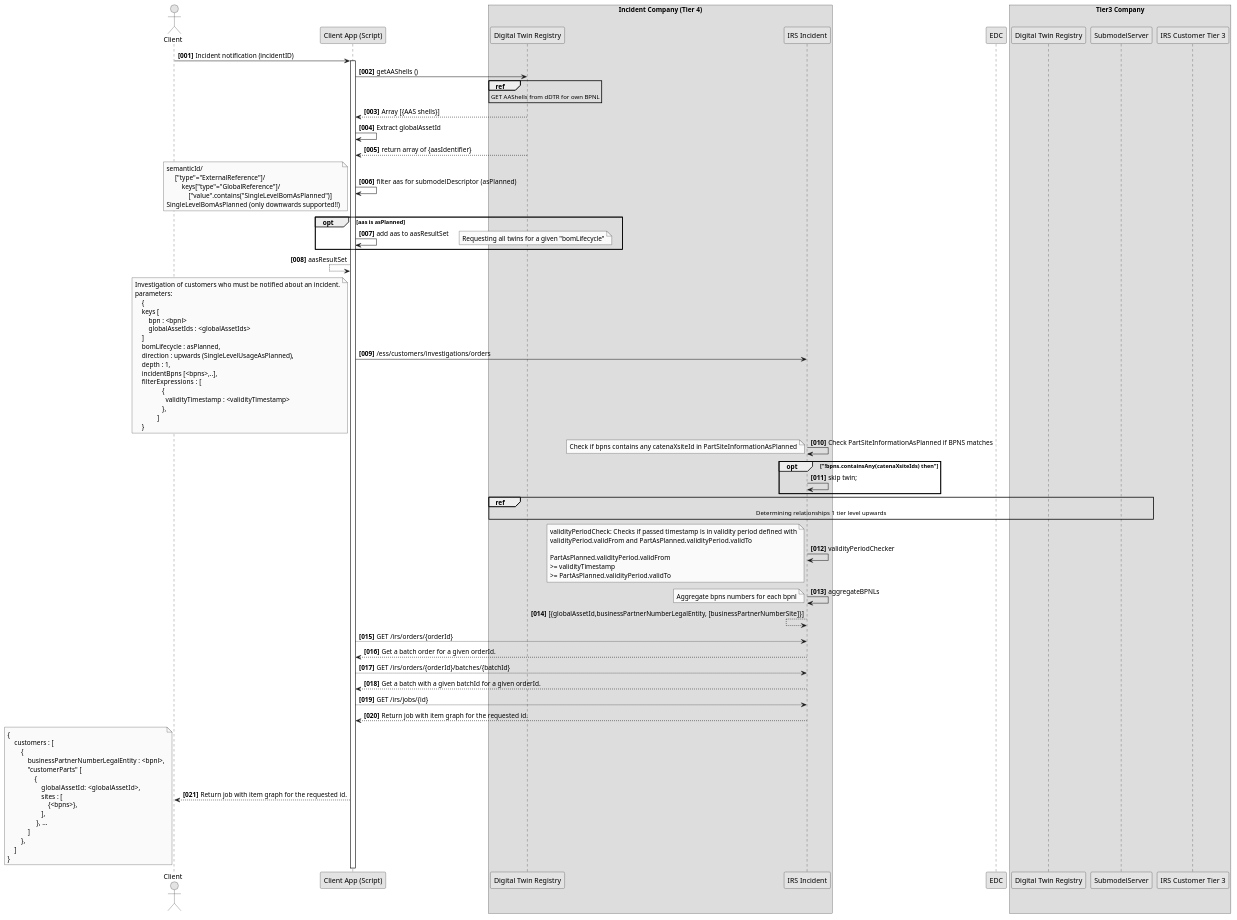
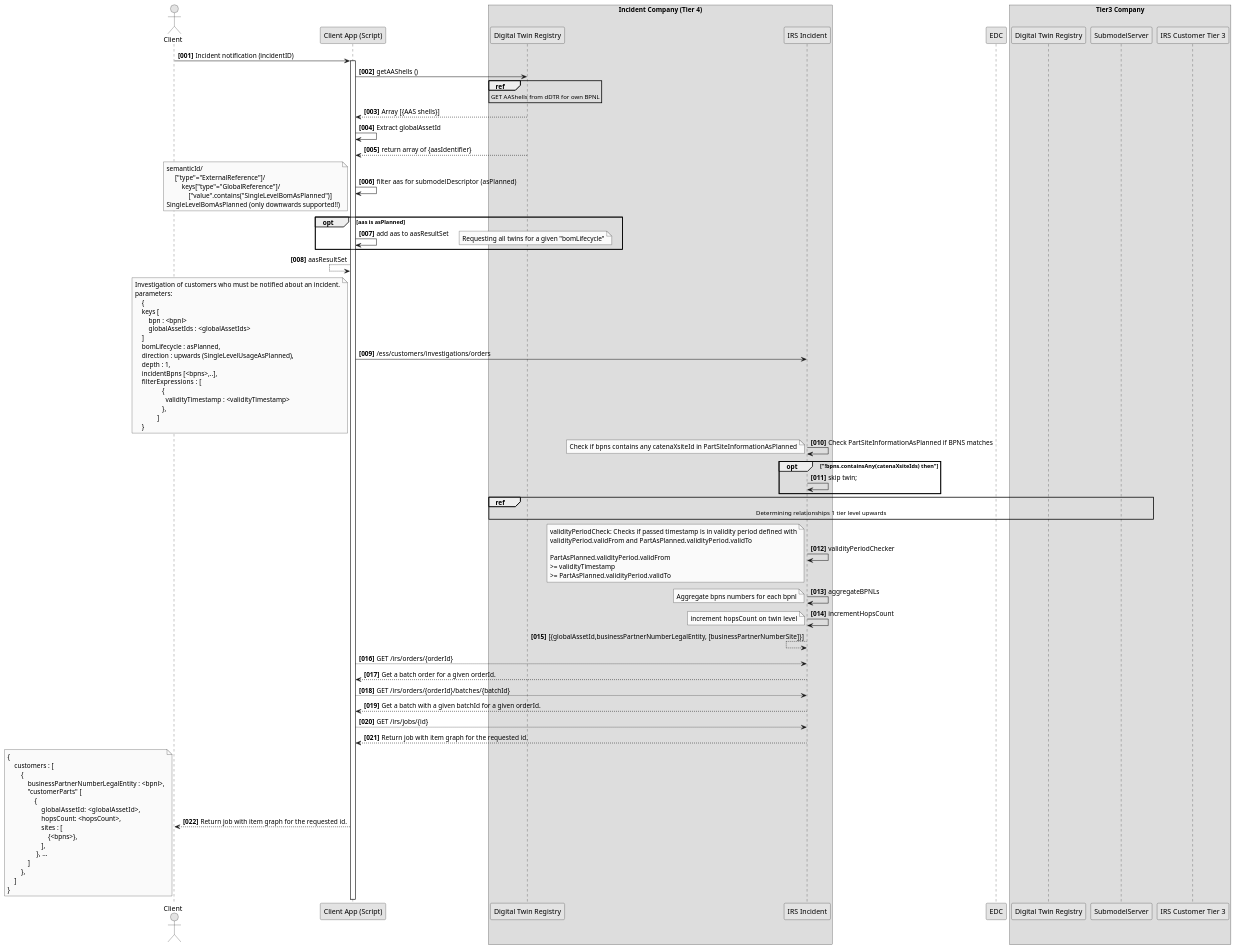
One commit to eclipse-tractusx/item-relationship-service changed the diagram in docs/src/uml-diagrams/irs-recursive/ess-bottom-up/sequence/ess-bottom-up-sequence-originator-highlevel.puml. Above: the diagram before and after it, drawn with PlantUML. The commit also changed 3 other files, not shown here.

Commit message:
fix(digram):[TRI-1417]  add hops count

```diff
--- a/docs/src/uml-diagrams/irs-recursive/ess-bottom-up/sequence/ess-bottom-up-sequence-originator-highlevel.puml
+++ b/docs/src/uml-diagrams/irs-recursive/ess-bottom-up/sequence/ess-bottom-up-sequence-originator-highlevel.puml
@@ -1,138 +1,145 @@
 @startuml
 skinparam monochrome true
 skinparam shadowing false
 skinparam defaultFontName "Architects daughter"
 
 autonumber "<b>[000]"
 
 actor "Client" as User
 
 participant "Client App (Script)" as ClientApp
 
 box Incident Company (Tier 4)
 participant "Digital Twin Registry" as dDTR_Tier_N
 participant "IRS Incident" as IRS_Tier_N
 end box
 
 participant EDC
 
 box Tier3 Company
 participant "Digital Twin Registry" as dDTR_Tier_3
 participant "SubmodelServer" as SubmodelServer_Tier_3
 participant "IRS Customer Tier 3" as IRS_Tier_3
 end box
 
 
 User -> ClientApp : Incident notification (incidentID)
 activate ClientApp
 
 ClientApp -> dDTR_Tier_N : getAAShells ()
 ref over dDTR_Tier_N
     GET AAShells from dDTR for own BPNL
 end ref
 ClientApp <-- dDTR_Tier_N : Array [{AAS shells}]
 
 ClientApp -> ClientApp : Extract globalAssetId
 
 
 ClientApp <-- dDTR_Tier_N : return array of {aasIdentifier}
 
 ClientApp -> ClientApp :  filter aas for submodelDescriptor  (asPlanned)
         note left
                semanticId/
                     ["type"="ExternalReference"]/
                         keys["type"="GlobalReference"]/
                             ["value".contains("SingleLevelBomAsPlanned")]
                SingleLevelBomAsPlanned (only downwards supported!!)
         end note
 
 opt aas is asPlanned
 
      ClientApp -> ClientApp : add aas to aasResultSet
      note right
                  Requesting all twins for a given "bomLifecycle"
      end note
 
 end opt
 
 ClientApp <-- ClientApp : aasResultSet
 
 
 ClientApp -> IRS_Tier_N : /ess/customers/investigations/orders
     note left
         Investigation of customers who must be notified about an incident.
         parameters:
             {
             keys [
                 bpn : <bpnl>
                 globalAssetIds : <globalAssetIds>
             ]
             bomLifecycle : asPlanned,
             direction : upwards (SingleLevelUsageAsPlanned),
             depth : 1,
             incidentBpns [<bpns>,..],
             filterExpressions :  [
                         {
                           validityTimestamp : <validityTimestamp>
                         },
                      ]
             }
     end note
 
     IRS_Tier_N -> IRS_Tier_N : Check PartSiteInformationAsPlanned if BPNS matches
     note left
         Check if bpns contains any catenaXsiteId  in PartSiteInformationAsPlanned
     end note
     opt "!bpns.containsAny(catenaXsiteIds) then"
         IRS_Tier_N -> IRS_Tier_N : skip twin;
     end
 
     ref over dDTR_Tier_N, dDTR_Tier_3, SubmodelServer_Tier_3
         Determining relationships 1 tier level upwards
     end ref
 
     IRS_Tier_N -> IRS_Tier_N : validityPeriodChecker
     note left
         validityPeriodCheck: Checks if passed timestamp is in validity period defined with
         validityPeriod.validFrom and  PartAsPlanned.validityPeriod.validTo
 
         PartAsPlanned.validityPeriod.validFrom
         >= validityTimestamp
         >= PartAsPlanned.validityPeriod.validTo
     end note
 
     IRS_Tier_N -> IRS_Tier_N : aggregateBPNLs
     note left
         Aggregate bpns numbers for each bpnl
     end note
+    IRS_Tier_N -> IRS_Tier_N : incrementHopsCount
+        note left
+            increment hopsCount on twin level
+        end note
+
+
     IRS_Tier_N <-- IRS_Tier_N : [{globalAssetId,businessPartnerNumberLegalEntity, [businessPartnerNumberSite]}]
 
 
 
 
     ClientApp --> IRS_Tier_N : GET /irs/orders/{orderId}
     ClientApp <-- IRS_Tier_N : Get a batch order for a given orderId.
     ClientApp --> IRS_Tier_N : GET /irs/orders/{orderId}/batches/{batchId}
     ClientApp <-- IRS_Tier_N : Get a batch with a given batchId for a given orderId.
     ClientApp --> IRS_Tier_N : GET /irs/jobs/{id}
     ClientApp <-- IRS_Tier_N : Return job with item graph for the requested id.
     User <-- ClientApp : Return job with item graph for the requested id.
       note left
             {
                 customers : [
                     {
                         businessPartnerNumberLegalEntity : <bpnl>,
                         "customerParts" [
                             {
                                 globalAssetId:   <globalAssetId>,
+                                hopsCount: <hopsCount>,
                                 sites : [
                                     {<bpns>},
                                 ],
                              }, ...
                         ]
                     },
                 ]
             }
         end note
 
 @enduml
```
